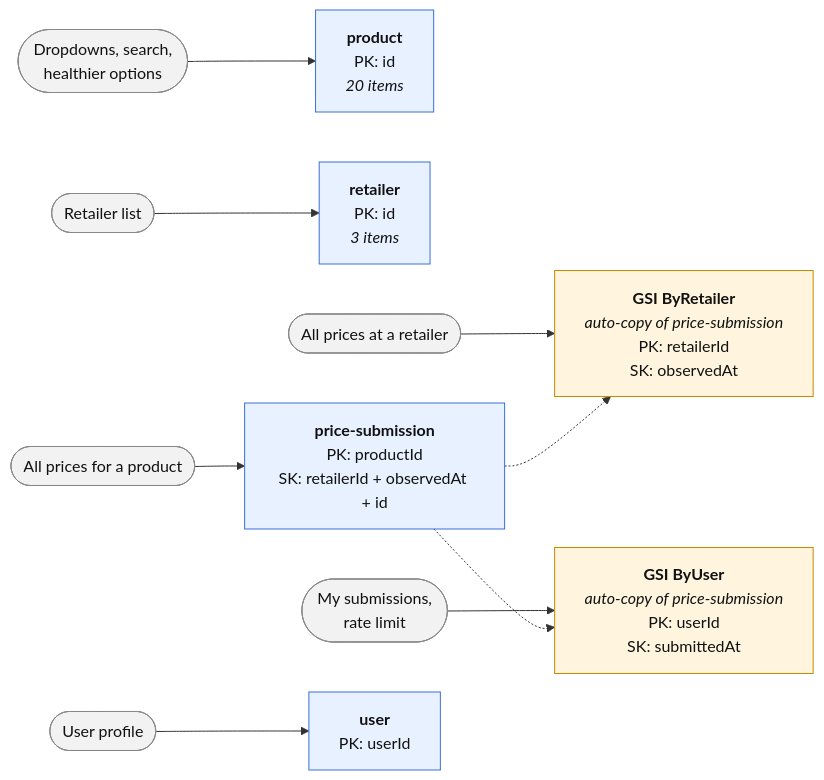
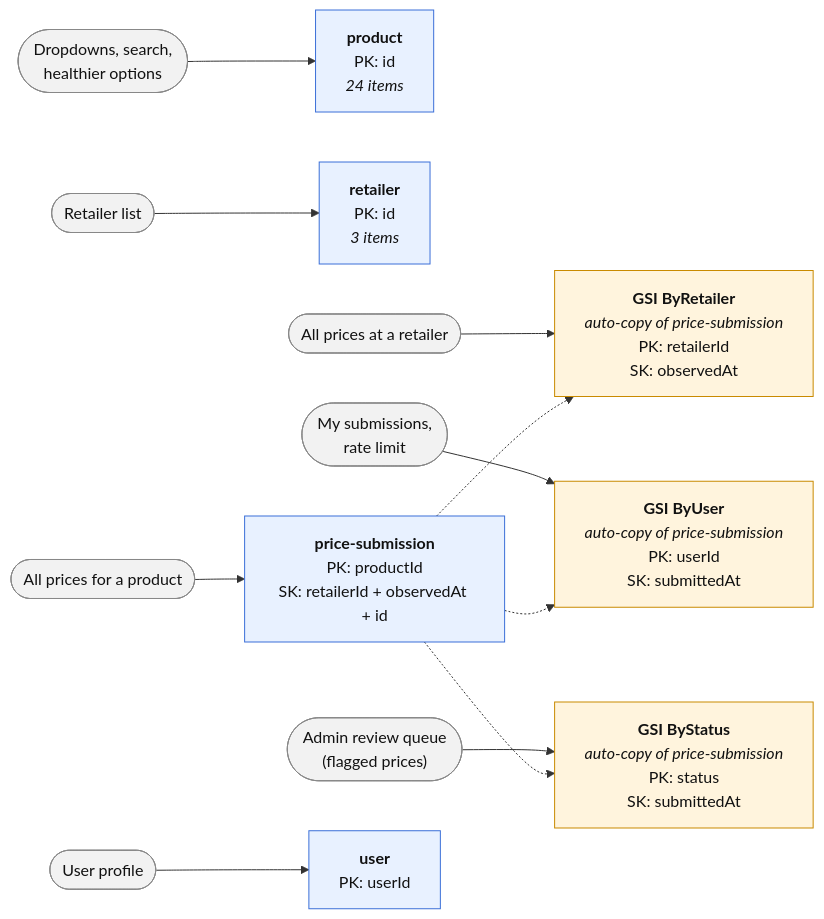
Before and after one commit to Gareth2-YS/TrolleySaver: the second of 3 diagrams in docs/architecture/database-design.md, drawn with Mermaid. The commit also changed other lines of this file and 42 other files, not shown here.

````diff
--- a/docs/architecture/database-design.md
+++ b/docs/architecture/database-design.md
@@ -57,26 +65,29 @@
 ```mermaid
 flowchart LR
     Q4(["Dropdowns, search,<br/>healthier options"]) --> PR
     Q6(["Retailer list"]) --> RT
     Q1(["All prices for a product"]) --> PS
     Q2(["All prices at a retailer"]) --> G1
     Q3(["My submissions,<br/>rate limit"]) --> G2
+    Q7(["Admin review queue<br/>(flagged prices)"]) --> G3
     Q5(["User profile"]) --> US
 
-    PR["<b>product</b><br/>PK: id<br/><i>20 items</i>"]
+    PR["<b>product</b><br/>PK: id<br/><i>24 items</i>"]
     RT["<b>retailer</b><br/>PK: id<br/><i>3 items</i>"]
     PS["<b>price-submission</b><br/>PK: productId<br/>SK: retailerId + observedAt + id"]
     G1["<b>GSI ByRetailer</b><br/><i>auto-copy of price-submission</i><br/>PK: retailerId<br/>SK: observedAt"]
     G2["<b>GSI ByUser</b><br/><i>auto-copy of price-submission</i><br/>PK: userId<br/>SK: submittedAt"]
+    G3["<b>GSI ByStatus</b><br/><i>auto-copy of price-submission</i><br/>PK: status<br/>SK: submittedAt"]
     US["<b>user</b><br/>PK: userId"]
 
     PS -.-> G1
     PS -.-> G2
+    PS -.-> G3
 
     classDef table fill:#e8f1ff,stroke:#3b6fd8,color:#111
     classDef index fill:#fff4dd,stroke:#c98a00,color:#111
     classDef query fill:#f2f2f2,stroke:#888,color:#111
     class PR,RT,PS,US table
-    class G1,G2 index
-    class Q1,Q2,Q3,Q4,Q5,Q6 query
+    class G1,G2,G3 index
+    class Q1,Q2,Q3,Q4,Q5,Q6,Q7 query
 ```
````
